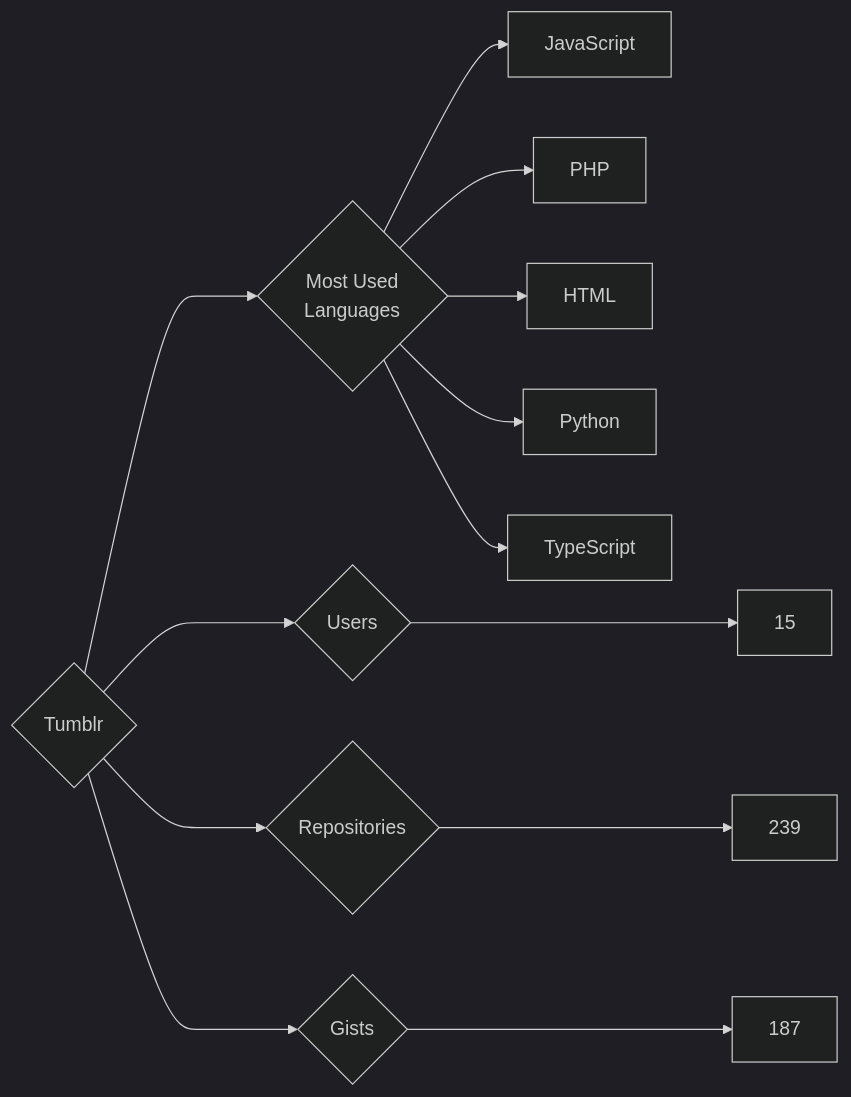
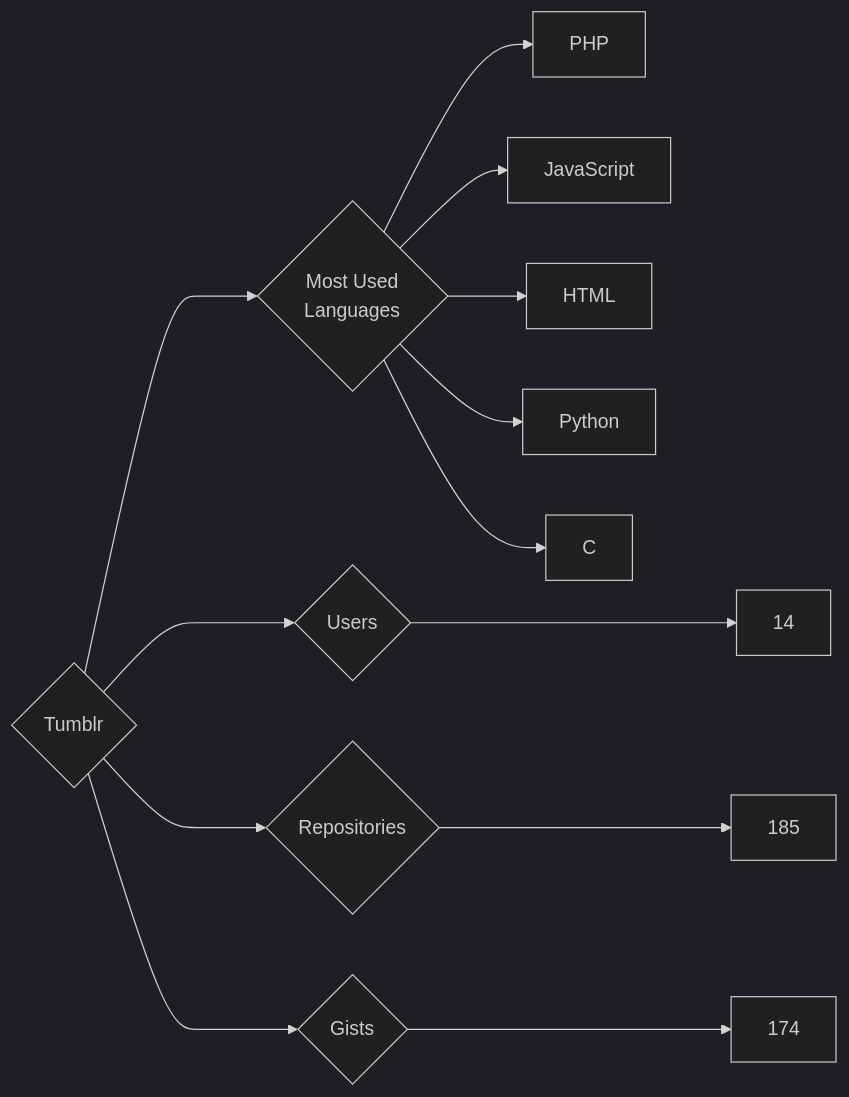
The diagram in targets/Tumblr/README.md (trickest/insiders), drawn with Mermaid (dark theme) before and after one commit. The commit also changed 1479 other files, not shown here.

````diff
--- a/targets/Tumblr/README.md
+++ b/targets/Tumblr/README.md
@@ -3,13 +3,13 @@
 ```mermaid
 graph LR
 COMPANY_NAME{Tumblr}
-COMPANY_NAME ---> U{Users} ---> UN[15]
-COMPANY_NAME ---> R{Repositories} ---> RN[239]
-COMPANY_NAME ---> G{Gists} ---> GN[187]
+COMPANY_NAME ---> U{Users} ---> UN[14]
+COMPANY_NAME ---> R{Repositories} ---> RN[185]
+COMPANY_NAME ---> G{Gists} ---> GN[174]
 COMPANY_NAME ---> ML{Most Used<br>Languages}
+ML --> PHP[PHP]
 ML --> JavaScript[JavaScript]
-ML --> PHP[PHP]
 ML --> HTML[HTML]
 ML --> Python[Python]
-ML --> TypeScript[TypeScript]
+ML --> C[C]
 ```
````
